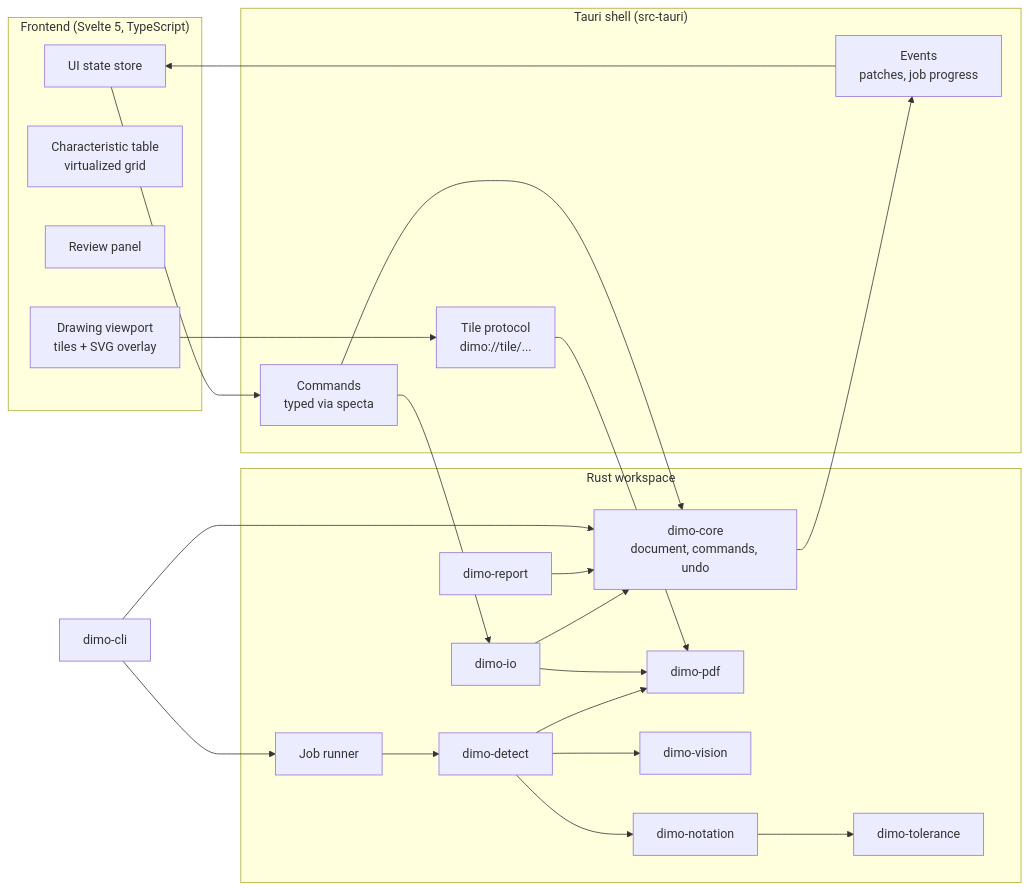
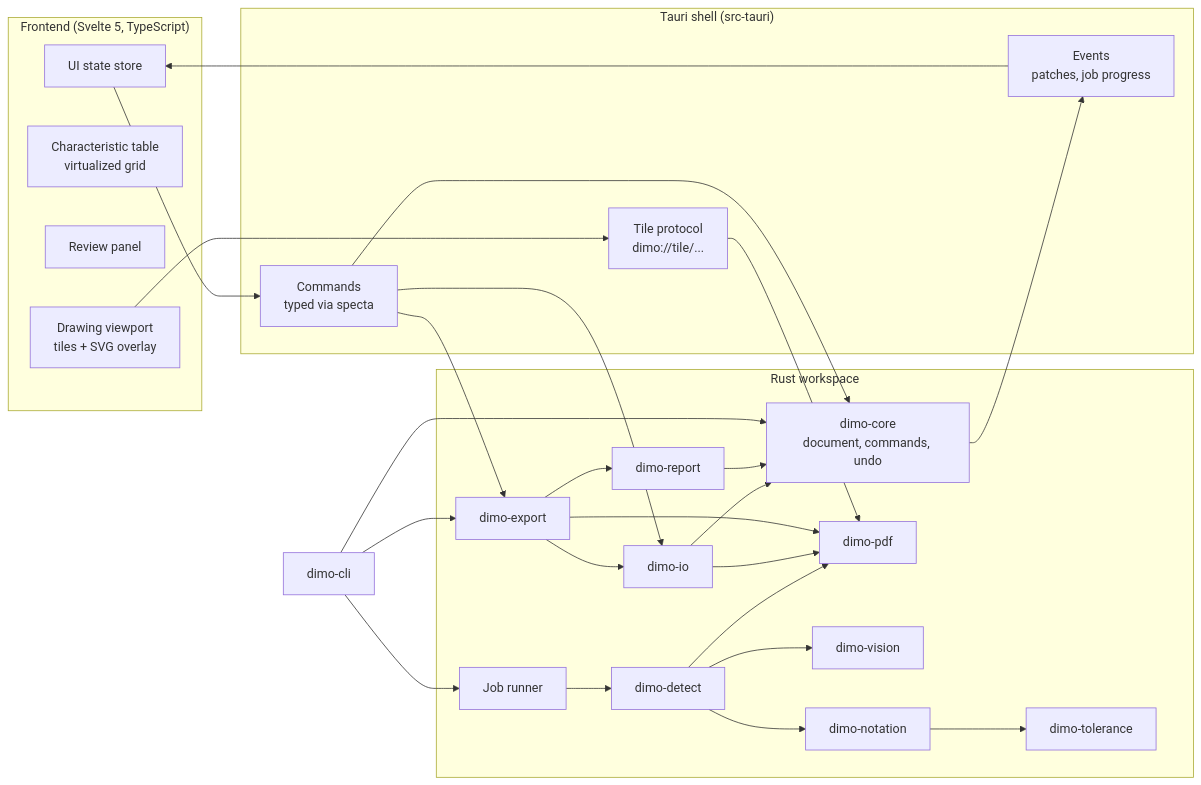
The diagram in docs/spec/05-architecture.md (NC-PB/Dimo), drawn with Mermaid before and after one commit. The commit also changed other lines of this file and 19 other files, not shown here.

First line of the commit message:
refactor(dimo-export): export registry, export plan and issuing rules out of the shell

````diff
--- a/docs/spec/05-architecture.md
+++ b/docs/spec/05-architecture.md
@@ -7,38 +7,44 @@
 ```mermaid
 flowchart LR
   subgraph Frontend["Frontend (Svelte 5, TypeScript)"]
     V[Drawing viewport<br/>tiles + SVG overlay]
     T[Characteristic table<br/>virtualized grid]
     R[Review panel]
     S[UI state store]
   end
   subgraph Tauri["Tauri shell (src-tauri)"]
     C[Commands<br/>typed via specta]
     E[Events<br/>patches, job progress]
     P[Tile protocol<br/>dimo://tile/...]
   end
   subgraph Core["Rust workspace"]
     CORE[dimo-core<br/>document, commands, undo]
     PDF[dimo-pdf]
     VIS[dimo-vision]
     DET[dimo-detect]
     NOT[dimo-notation]
     TOL[dimo-tolerance]
     IO[dimo-io]
     REP[dimo-report]
+    EXP[dimo-export]
     JOB[Job runner]
   end
   CLI[dimo-cli]
   S --> C --> CORE
   CORE --> E --> S
   V --> P --> PDF
   JOB --> DET --> VIS
   DET --> NOT --> TOL
   DET --> PDF
   IO --> CORE
   IO --> PDF
   REP --> CORE
+  EXP --> IO
+  EXP --> REP
+  EXP --> PDF
   C --> IO
+  C --> EXP
   CLI --> CORE
+  CLI --> EXP
   CLI --> JOB
 ```
````
